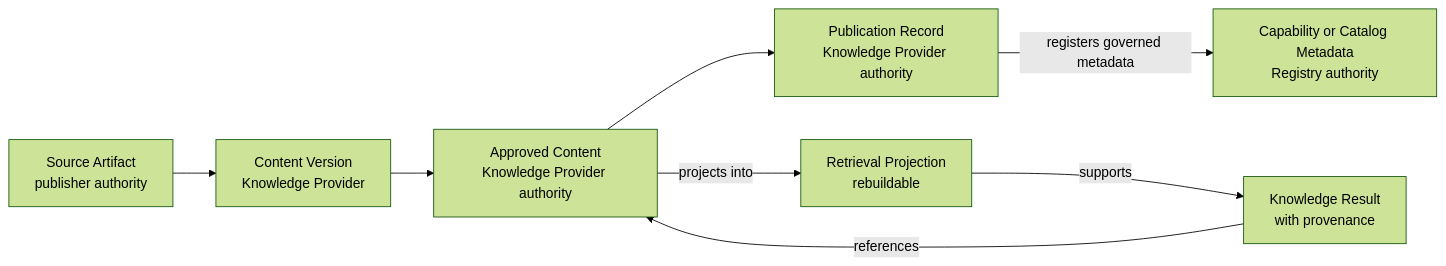
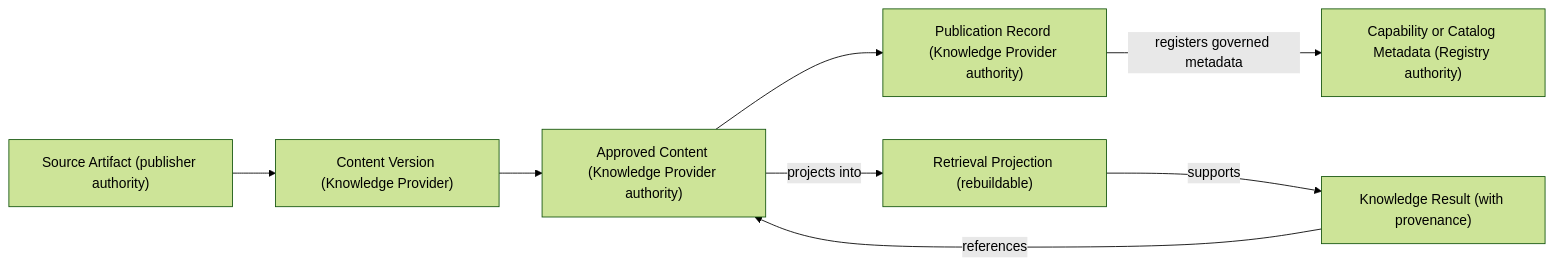
Before and after one commit to manjudr/documents: the sixth of 8 diagrams in PROPOSED_ARCHITECTURE.md, drawn with Mermaid (forest theme). The commit also changed other lines of this file and 1 other file, not shown here.

Commit message:
docs: make proposed Mermaid labels GitHub-safe

````diff
--- a/PROPOSED_ARCHITECTURE.md
+++ b/PROPOSED_ARCHITECTURE.md
@@ -465,18 +465,18 @@
 ```mermaid
 flowchart LR
-  S["Source Artifact<br/>publisher authority"]
-  V["Content Version<br/>Knowledge Provider"]
-  A["Approved Content<br/>Knowledge Provider authority"]
-  P["Publication Record<br/>Knowledge Provider authority"]
-  M["Capability or Catalog Metadata<br/>Registry authority"]
-  R["Retrieval Projection<br/>rebuildable"]
-  O["Knowledge Result<br/>with provenance"]
+  S["Source Artifact (publisher authority)"]
+  V["Content Version (Knowledge Provider)"]
+  A["Approved Content (Knowledge Provider authority)"]
+  P["Publication Record (Knowledge Provider authority)"]
+  M["Capability or Catalog Metadata (Registry authority)"]
+  R["Retrieval Projection (rebuildable)"]
+  O["Knowledge Result (with provenance)"]
 
   S --> V
   V --> A
   A --> P
   P -->|"registers governed metadata"| M
   A -->|"projects into"| R
   R -->|"supports"| O
   O -->|"references"| A
 ```
````
